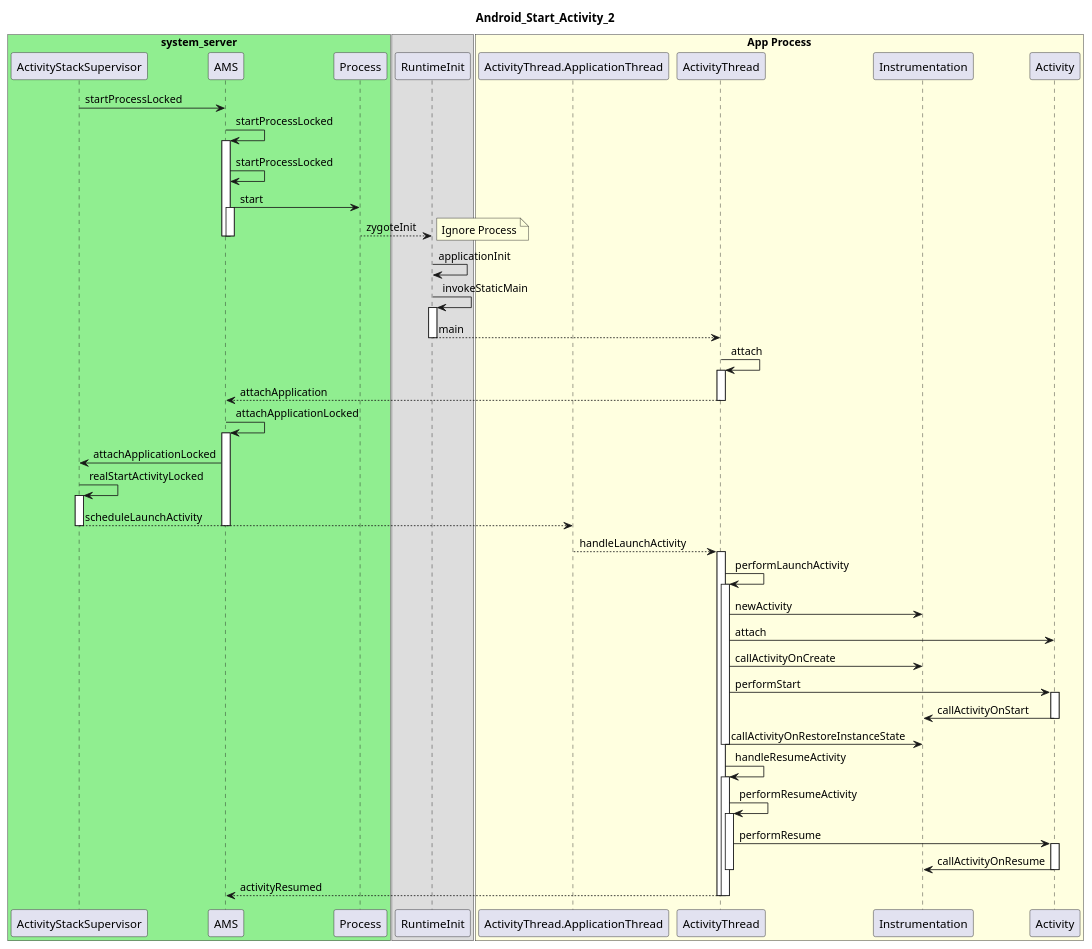
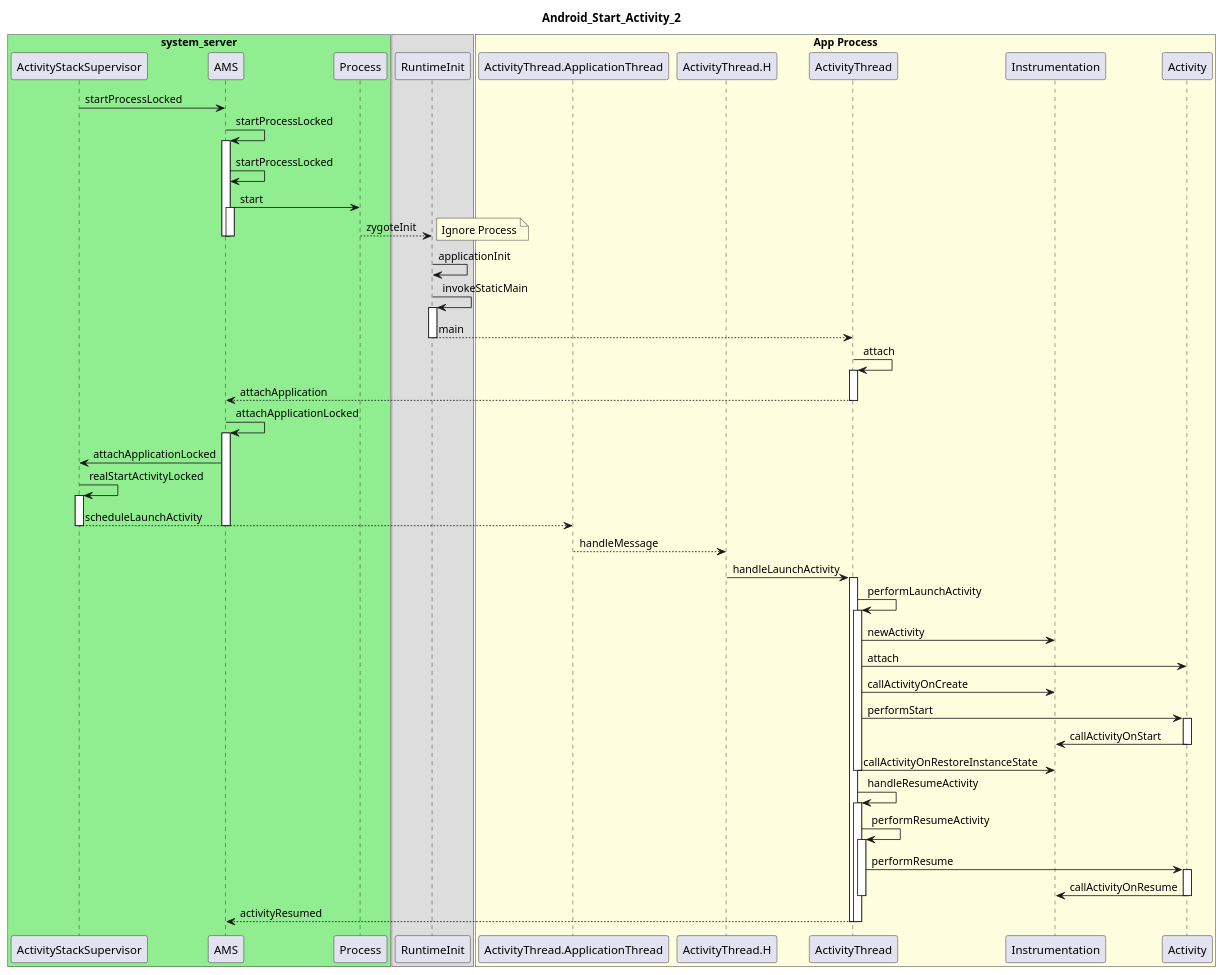
The diagram in android_start_activity_2.puml (peggy109/AndroidSystemServer), drawn with PlantUML before and after one commit.

Commit message:
android_start_activity_2.puml, add ActivityThread.H

```diff
--- a/android_start_activity_2.puml
+++ b/android_start_activity_2.puml
@@ -2,70 +2,72 @@
 @startuml
 title Android_Start_Activity_2
 box "system_server" #LightGreen
 participant ActivityStackSupervisor
 participant AMS
 participant Process
 end box
 box
 participant RuntimeInit
 end box
 box "App Process" #LightYellow
 participant ActivityThread.ApplicationThread
+participant ActivityThread.H
 participant ActivityThread
 participant Instrumentation
 participant Activity
 end box
 
 ActivityStackSupervisor-> AMS : startProcessLocked
 AMS -> AMS : startProcessLocked
 activate AMS
 AMS -> AMS : startProcessLocked
 AMS -> Process : start
 activate AMS
 Process ---> RuntimeInit : zygoteInit
 deactivate AMS
 deactivate AMS
 note right : Ignore Process
 RuntimeInit -> RuntimeInit : applicationInit
 RuntimeInit -> RuntimeInit : invokeStaticMain
 activate RuntimeInit
 RuntimeInit ---> ActivityThread : main
 deactivate RuntimeInit
 ActivityThread -> ActivityThread : attach
 activate ActivityThread
 ActivityThread ---> AMS : attachApplication
 deactivate ActivityThread
 AMS -> AMS : attachApplicationLocked
 activate AMS
 AMS -> ActivityStackSupervisor : attachApplicationLocked
 ActivityStackSupervisor -> ActivityStackSupervisor : realStartActivityLocked
 activate ActivityStackSupervisor
 ActivityStackSupervisor ---> ActivityThread.ApplicationThread : scheduleLaunchActivity
 deactivate ActivityStackSupervisor
 deactivate AMS
-ActivityThread.ApplicationThread ---> ActivityThread : handleLaunchActivity
+ActivityThread.ApplicationThread ---> ActivityThread.H : handleMessage
+ActivityThread.H -> ActivityThread : handleLaunchActivity
 activate ActivityThread
     ActivityThread -> ActivityThread : performLaunchActivity
     activate ActivityThread
         ActivityThread -> Instrumentation : newActivity
         ActivityThread -> Activity : attach
         ActivityThread -> Instrumentation : callActivityOnCreate
         ActivityThread -> Activity : performStart
         activate Activity
             Activity -> Instrumentation : callActivityOnStart
         deactivate Activity
         ActivityThread -> Instrumentation : callActivityOnRestoreInstanceState
     deactivate ActivityThread
     ActivityThread -> ActivityThread : handleResumeActivity
     activate ActivityThread
         ActivityThread -> ActivityThread : performResumeActivity
         activate ActivityThread
             ActivityThread -> Activity : performResume
             activate Activity
                 Activity -> Instrumentation : callActivityOnResume
             deactivate Activity
         deactivate ActivityThread
         ActivityThread ---> AMS : activityResumed
     deactivate ActivityThread
 deactivate ActivityThread
 @enduml
```
